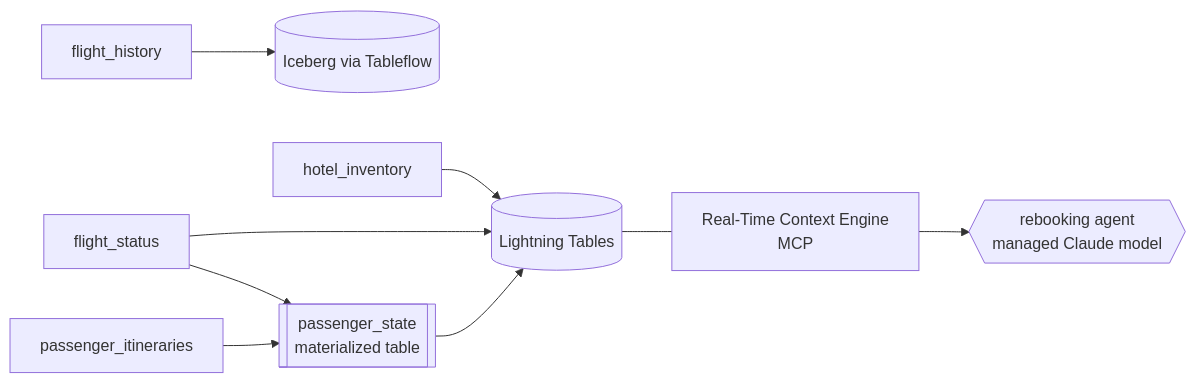
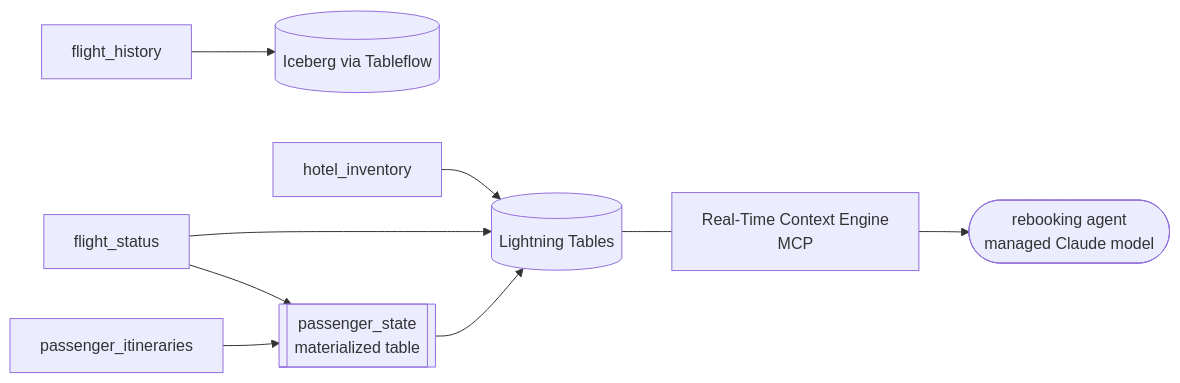
The diagram in pages/01-the-lab.md (kiyeonjeon21/confluent-streamhouse-lab), drawn with Mermaid before and after one commit. The commit also changed other lines of this file and 9 other files, not shown here.

````diff
--- a/pages/01-the-lab.md
+++ b/pages/01-the-lab.md
@@ -29,11 +27,11 @@
 ```mermaid
 flowchart LR
   FS[flight_status] --> PS[[passenger_state<br/>materialized table]]
   PI[passenger_itineraries] --> PS
   PS --> LT[(Lightning Tables)]
   FS --> LT
   HI[hotel_inventory] --> LT
   LT --- RTCE[Real-Time Context Engine<br/>MCP]
-  RTCE --> AG{{rebooking agent<br/>managed Claude model}}
+  RTCE --> AG(["rebooking agent<br/>managed Claude model"])
   FH[flight_history] --> ICE[(Iceberg via Tableflow)]
 ```
````
